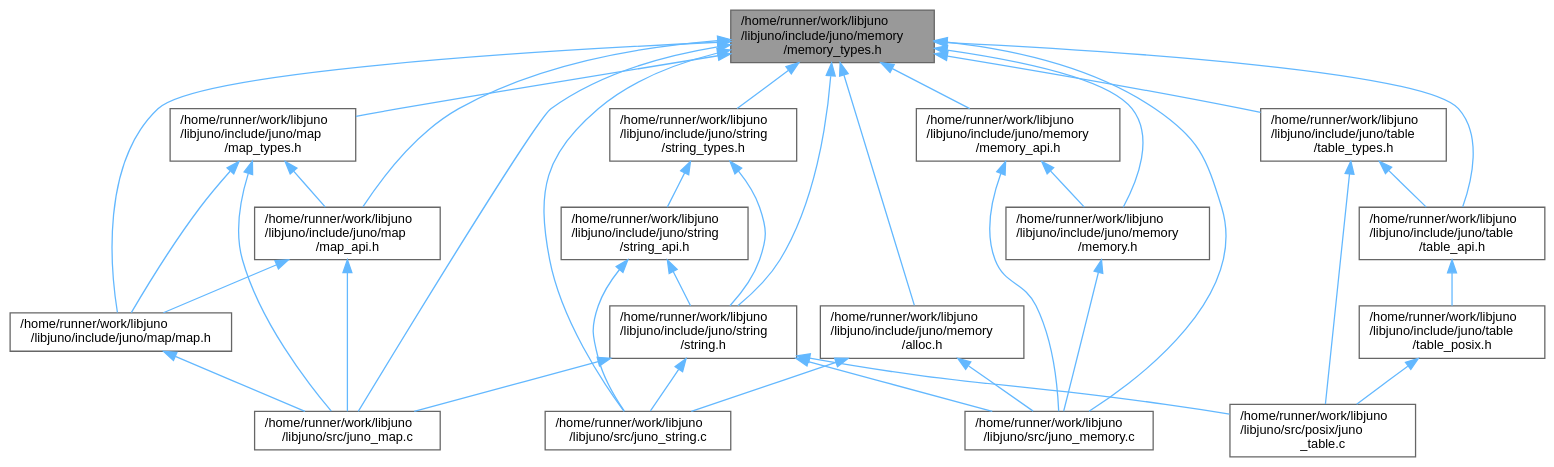
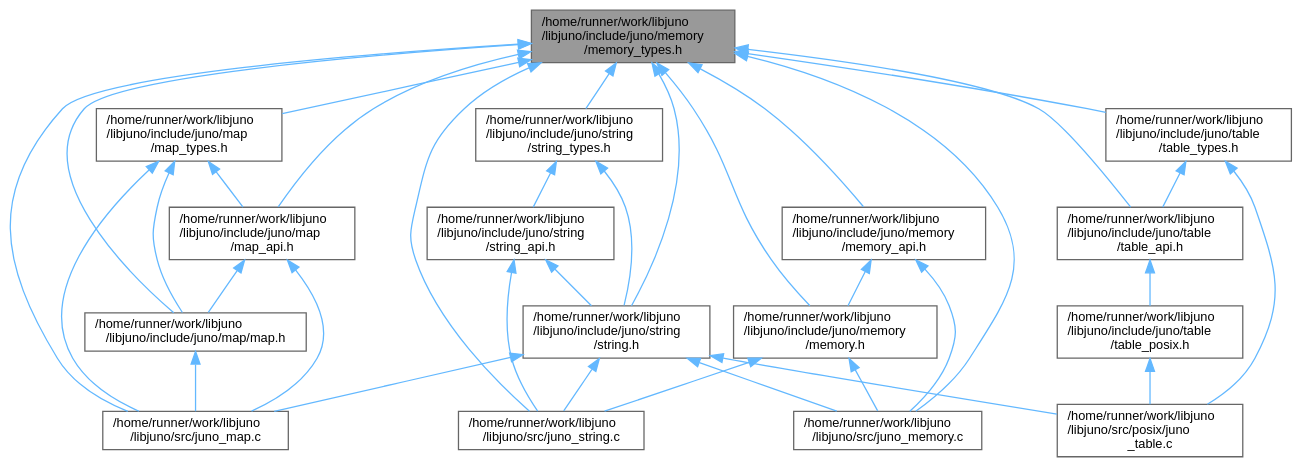
One commit to robinonsay/libjuno changed the diagram in memory__types_8h__dep__incl.dot. Above: the diagram before and after it, drawn with Graphviz. The commit also changed 105 other files, not shown here.

```diff
--- a/memory__types_8h__dep__incl.dot
+++ b/memory__types_8h__dep__incl.dot
@@ -1,60 +1,57 @@
 digraph "/home/runner/work/libjuno/libjuno/include/juno/memory/memory_types.h"
 {
  // LATEX_PDF_SIZE
   bgcolor="transparent";
   edge [fontname=Helvetica,fontsize=10,labelfontname=Helvetica,labelfontsize=10];
   node [fontname=Helvetica,fontsize=10,shape=box,height=0.2,width=0.4];
   Node1 [id="Node000001",label="/home/runner/work/libjuno\l/libjuno/include/juno/memory\l/memory_types.h",height=0.2,width=0.4,color="gray40", fillcolor="grey60", style="filled", fontcolor="black",tooltip=" "];
   Node1 -> Node2 [id="edge1_Node000001_Node000002",dir="back",color="steelblue1",style="solid",tooltip=" "];
   Node2 [id="Node000002",label="/home/runner/work/libjuno\l/libjuno/include/juno/map/map.h",height=0.2,width=0.4,color="grey40", fillcolor="white", style="filled",URL="$map_8h.html",tooltip=" "];
   Node2 -> Node3 [id="edge2_Node000002_Node000003",dir="back",color="steelblue1",style="solid",tooltip=" "];
   Node3 [id="Node000003",label="/home/runner/work/libjuno\l/libjuno/src/juno_map.c",height=0.2,width=0.4,color="grey40", fillcolor="white", style="filled",URL="$juno__map_8c.html",tooltip=" "];
   Node1 -> Node4 [id="edge3_Node000001_Node000004",dir="back",color="steelblue1",style="solid",tooltip=" "];
   Node4 [id="Node000004",label="/home/runner/work/libjuno\l/libjuno/include/juno/map\l/map_api.h",height=0.2,width=0.4,color="grey40", fillcolor="white", style="filled",URL="$map__api_8h.html",tooltip=" "];
   Node4 -> Node2 [id="edge4_Node000004_Node000002",dir="back",color="steelblue1",style="solid",tooltip=" "];
   Node4 -> Node3 [id="edge5_Node000004_Node000003",dir="back",color="steelblue1",style="solid",tooltip=" "];
   Node1 -> Node5 [id="edge6_Node000001_Node000005",dir="back",color="steelblue1",style="solid",tooltip=" "];
   Node5 [id="Node000005",label="/home/runner/work/libjuno\l/libjuno/include/juno/map\l/map_types.h",height=0.2,width=0.4,color="grey40", fillcolor="white", style="filled",URL="$map__types_8h.html",tooltip=" "];
   Node5 -> Node2 [id="edge7_Node000005_Node000002",dir="back",color="steelblue1",style="solid",tooltip=" "];
   Node5 -> Node4 [id="edge8_Node000005_Node000004",dir="back",color="steelblue1",style="solid",tooltip=" "];
   Node5 -> Node3 [id="edge9_Node000005_Node000003",dir="back",color="steelblue1",style="solid",tooltip=" "];
   Node1 -> Node6 [id="edge10_Node000001_Node000006",dir="back",color="steelblue1",style="solid",tooltip=" "];
-  Node6 [id="Node000006",label="/home/runner/work/libjuno\l/libjuno/include/juno/memory\l/alloc.h",height=0.2,width=0.4,color="grey40", fillcolor="white", style="filled",URL="$alloc_8h.html",tooltip=" "];
+  Node6 [id="Node000006",label="/home/runner/work/libjuno\l/libjuno/include/juno/memory\l/memory.h",height=0.2,width=0.4,color="grey40", fillcolor="white", style="filled",URL="$memory_8h.html",tooltip=" "];
   Node6 -> Node7 [id="edge11_Node000006_Node000007",dir="back",color="steelblue1",style="solid",tooltip=" "];
   Node7 [id="Node000007",label="/home/runner/work/libjuno\l/libjuno/src/juno_memory.c",height=0.2,width=0.4,color="grey40", fillcolor="white", style="filled",URL="$juno__memory_8c.html",tooltip=" "];
   Node6 -> Node8 [id="edge12_Node000006_Node000008",dir="back",color="steelblue1",style="solid",tooltip=" "];
   Node8 [id="Node000008",label="/home/runner/work/libjuno\l/libjuno/src/juno_string.c",height=0.2,width=0.4,color="grey40", fillcolor="white", style="filled",URL="$juno__string_8c.html",tooltip=" "];
   Node1 -> Node9 [id="edge13_Node000001_Node000009",dir="back",color="steelblue1",style="solid",tooltip=" "];
-  Node9 [id="Node000009",label="/home/runner/work/libjuno\l/libjuno/include/juno/memory\l/memory.h",height=0.2,width=0.4,color="grey40", fillcolor="white", style="filled",URL="$memory_8h.html",tooltip=" "];
-  Node9 -> Node7 [id="edge14_Node000009_Node000007",dir="back",color="steelblue1",style="solid",tooltip=" "];
-  Node1 -> Node10 [id="edge15_Node000001_Node000010",dir="back",color="steelblue1",style="solid",tooltip=" "];
-  Node10 [id="Node000010",label="/home/runner/work/libjuno\l/libjuno/include/juno/memory\l/memory_api.h",height=0.2,width=0.4,color="grey40", fillcolor="white", style="filled",URL="$memory__api_8h.html",tooltip=" "];
-  Node10 -> Node9 [id="edge16_Node000010_Node000009",dir="back",color="steelblue1",style="solid",tooltip=" "];
-  Node10 -> Node7 [id="edge17_Node000010_Node000007",dir="back",color="steelblue1",style="solid",tooltip=" "];
-  Node1 -> Node11 [id="edge18_Node000001_Node000011",dir="back",color="steelblue1",style="solid",tooltip=" "];
-  Node11 [id="Node000011",label="/home/runner/work/libjuno\l/libjuno/include/juno/string\l/string.h",height=0.2,width=0.4,color="grey40", fillcolor="white", style="filled",URL="$string_8h.html",tooltip=" "];
-  Node11 -> Node3 [id="edge19_Node000011_Node000003",dir="back",color="steelblue1",style="solid",tooltip=" "];
-  Node11 -> Node7 [id="edge20_Node000011_Node000007",dir="back",color="steelblue1",style="solid",tooltip=" "];
-  Node11 -> Node8 [id="edge21_Node000011_Node000008",dir="back",color="steelblue1",style="solid",tooltip=" "];
-  Node11 -> Node12 [id="edge22_Node000011_Node000012",dir="back",color="steelblue1",style="solid",tooltip=" "];
-  Node12 [id="Node000012",label="/home/runner/work/libjuno\l/libjuno/src/posix/juno\l_table.c",height=0.2,width=0.4,color="grey40", fillcolor="white", style="filled",URL="$juno__table_8c.html",tooltip=" "];
-  Node1 -> Node13 [id="edge23_Node000001_Node000013",dir="back",color="steelblue1",style="solid",tooltip=" "];
-  Node13 [id="Node000013",label="/home/runner/work/libjuno\l/libjuno/include/juno/string\l/string_types.h",height=0.2,width=0.4,color="grey40", fillcolor="white", style="filled",URL="$string__types_8h.html",tooltip=" "];
-  Node13 -> Node11 [id="edge24_Node000013_Node000011",dir="back",color="steelblue1",style="solid",tooltip=" "];
-  Node13 -> Node14 [id="edge25_Node000013_Node000014",dir="back",color="steelblue1",style="solid",tooltip=" "];
-  Node14 [id="Node000014",label="/home/runner/work/libjuno\l/libjuno/include/juno/string\l/string_api.h",height=0.2,width=0.4,color="grey40", fillcolor="white", style="filled",URL="$string__api_8h.html",tooltip=" "];
-  Node14 -> Node11 [id="edge26_Node000014_Node000011",dir="back",color="steelblue1",style="solid",tooltip=" "];
-  Node14 -> Node8 [id="edge27_Node000014_Node000008",dir="back",color="steelblue1",style="solid",tooltip=" "];
-  Node1 -> Node15 [id="edge28_Node000001_Node000015",dir="back",color="steelblue1",style="solid",tooltip=" "];
-  Node15 [id="Node000015",label="/home/runner/work/libjuno\l/libjuno/include/juno/table\l/table_api.h",height=0.2,width=0.4,color="grey40", fillcolor="white", style="filled",URL="$table__api_8h.html",tooltip=" "];
-  Node15 -> Node16 [id="edge29_Node000015_Node000016",dir="back",color="steelblue1",style="solid",tooltip=" "];
-  Node16 [id="Node000016",label="/home/runner/work/libjuno\l/libjuno/include/juno/table\l/table_posix.h",height=0.2,width=0.4,color="grey40", fillcolor="white", style="filled",URL="$table__posix_8h.html",tooltip=" "];
-  Node16 -> Node12 [id="edge30_Node000016_Node000012",dir="back",color="steelblue1",style="solid",tooltip=" "];
-  Node1 -> Node17 [id="edge31_Node000001_Node000017",dir="back",color="steelblue1",style="solid",tooltip=" "];
-  Node17 [id="Node000017",label="/home/runner/work/libjuno\l/libjuno/include/juno/table\l/table_types.h",height=0.2,width=0.4,color="grey40", fillcolor="white", style="filled",URL="$table__types_8h.html",tooltip=" "];
-  Node17 -> Node15 [id="edge32_Node000017_Node000015",dir="back",color="steelblue1",style="solid",tooltip=" "];
-  Node17 -> Node12 [id="edge33_Node000017_Node000012",dir="back",color="steelblue1",style="solid",tooltip=" "];
-  Node1 -> Node3 [id="edge34_Node000001_Node000003",dir="back",color="steelblue1",style="solid",tooltip=" "];
-  Node1 -> Node7 [id="edge35_Node000001_Node000007",dir="back",color="steelblue1",style="solid",tooltip=" "];
-  Node1 -> Node8 [id="edge36_Node000001_Node000008",dir="back",color="steelblue1",style="solid",tooltip=" "];
+  Node9 [id="Node000009",label="/home/runner/work/libjuno\l/libjuno/include/juno/memory\l/memory_api.h",height=0.2,width=0.4,color="grey40", fillcolor="white", style="filled",URL="$memory__api_8h.html",tooltip=" "];
+  Node9 -> Node6 [id="edge14_Node000009_Node000006",dir="back",color="steelblue1",style="solid",tooltip=" "];
+  Node9 -> Node7 [id="edge15_Node000009_Node000007",dir="back",color="steelblue1",style="solid",tooltip=" "];
+  Node1 -> Node10 [id="edge16_Node000001_Node000010",dir="back",color="steelblue1",style="solid",tooltip=" "];
+  Node10 [id="Node000010",label="/home/runner/work/libjuno\l/libjuno/include/juno/string\l/string.h",height=0.2,width=0.4,color="grey40", fillcolor="white", style="filled",URL="$string_8h.html",tooltip=" "];
+  Node10 -> Node3 [id="edge17_Node000010_Node000003",dir="back",color="steelblue1",style="solid",tooltip=" "];
+  Node10 -> Node7 [id="edge18_Node000010_Node000007",dir="back",color="steelblue1",style="solid",tooltip=" "];
+  Node10 -> Node8 [id="edge19_Node000010_Node000008",dir="back",color="steelblue1",style="solid",tooltip=" "];
+  Node10 -> Node11 [id="edge20_Node000010_Node000011",dir="back",color="steelblue1",style="solid",tooltip=" "];
+  Node11 [id="Node000011",label="/home/runner/work/libjuno\l/libjuno/src/posix/juno\l_table.c",height=0.2,width=0.4,color="grey40", fillcolor="white", style="filled",URL="$juno__table_8c.html",tooltip=" "];
+  Node1 -> Node12 [id="edge21_Node000001_Node000012",dir="back",color="steelblue1",style="solid",tooltip=" "];
+  Node12 [id="Node000012",label="/home/runner/work/libjuno\l/libjuno/include/juno/string\l/string_types.h",height=0.2,width=0.4,color="grey40", fillcolor="white", style="filled",URL="$string__types_8h.html",tooltip=" "];
+  Node12 -> Node10 [id="edge22_Node000012_Node000010",dir="back",color="steelblue1",style="solid",tooltip=" "];
+  Node12 -> Node13 [id="edge23_Node000012_Node000013",dir="back",color="steelblue1",style="solid",tooltip=" "];
+  Node13 [id="Node000013",label="/home/runner/work/libjuno\l/libjuno/include/juno/string\l/string_api.h",height=0.2,width=0.4,color="grey40", fillcolor="white", style="filled",URL="$string__api_8h.html",tooltip=" "];
+  Node13 -> Node10 [id="edge24_Node000013_Node000010",dir="back",color="steelblue1",style="solid",tooltip=" "];
+  Node13 -> Node8 [id="edge25_Node000013_Node000008",dir="back",color="steelblue1",style="solid",tooltip=" "];
+  Node1 -> Node14 [id="edge26_Node000001_Node000014",dir="back",color="steelblue1",style="solid",tooltip=" "];
+  Node14 [id="Node000014",label="/home/runner/work/libjuno\l/libjuno/include/juno/table\l/table_api.h",height=0.2,width=0.4,color="grey40", fillcolor="white", style="filled",URL="$table__api_8h.html",tooltip=" "];
+  Node14 -> Node15 [id="edge27_Node000014_Node000015",dir="back",color="steelblue1",style="solid",tooltip=" "];
+  Node15 [id="Node000015",label="/home/runner/work/libjuno\l/libjuno/include/juno/table\l/table_posix.h",height=0.2,width=0.4,color="grey40", fillcolor="white", style="filled",URL="$table__posix_8h.html",tooltip=" "];
+  Node15 -> Node11 [id="edge28_Node000015_Node000011",dir="back",color="steelblue1",style="solid",tooltip=" "];
+  Node1 -> Node16 [id="edge29_Node000001_Node000016",dir="back",color="steelblue1",style="solid",tooltip=" "];
+  Node16 [id="Node000016",label="/home/runner/work/libjuno\l/libjuno/include/juno/table\l/table_types.h",height=0.2,width=0.4,color="grey40", fillcolor="white", style="filled",URL="$table__types_8h.html",tooltip=" "];
+  Node16 -> Node14 [id="edge30_Node000016_Node000014",dir="back",color="steelblue1",style="solid",tooltip=" "];
+  Node16 -> Node11 [id="edge31_Node000016_Node000011",dir="back",color="steelblue1",style="solid",tooltip=" "];
+  Node1 -> Node3 [id="edge32_Node000001_Node000003",dir="back",color="steelblue1",style="solid",tooltip=" "];
+  Node1 -> Node7 [id="edge33_Node000001_Node000007",dir="back",color="steelblue1",style="solid",tooltip=" "];
+  Node1 -> Node8 [id="edge34_Node000001_Node000008",dir="back",color="steelblue1",style="solid",tooltip=" "];
 }
```
